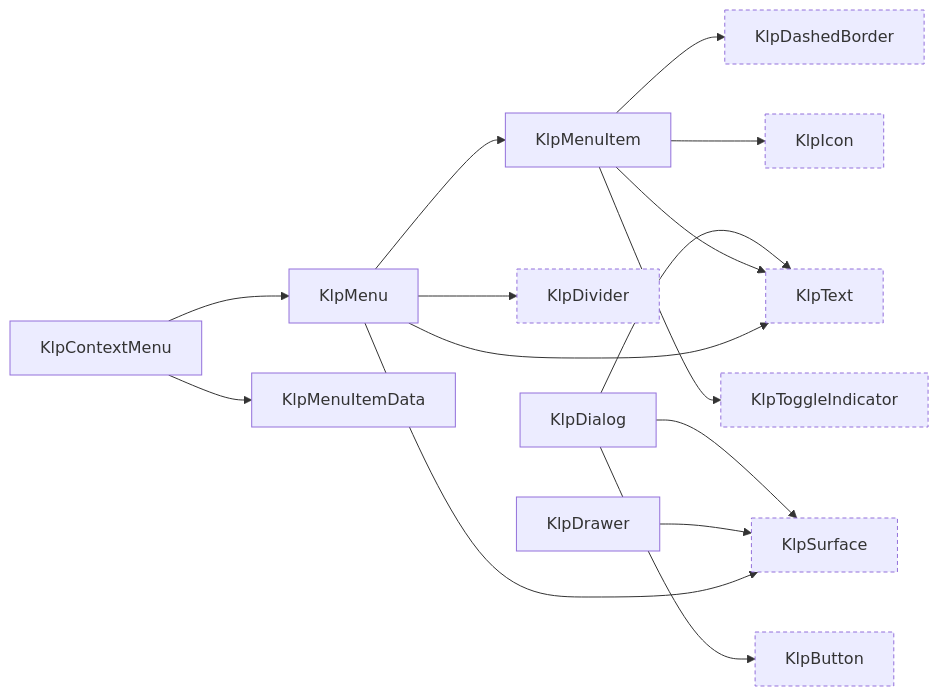
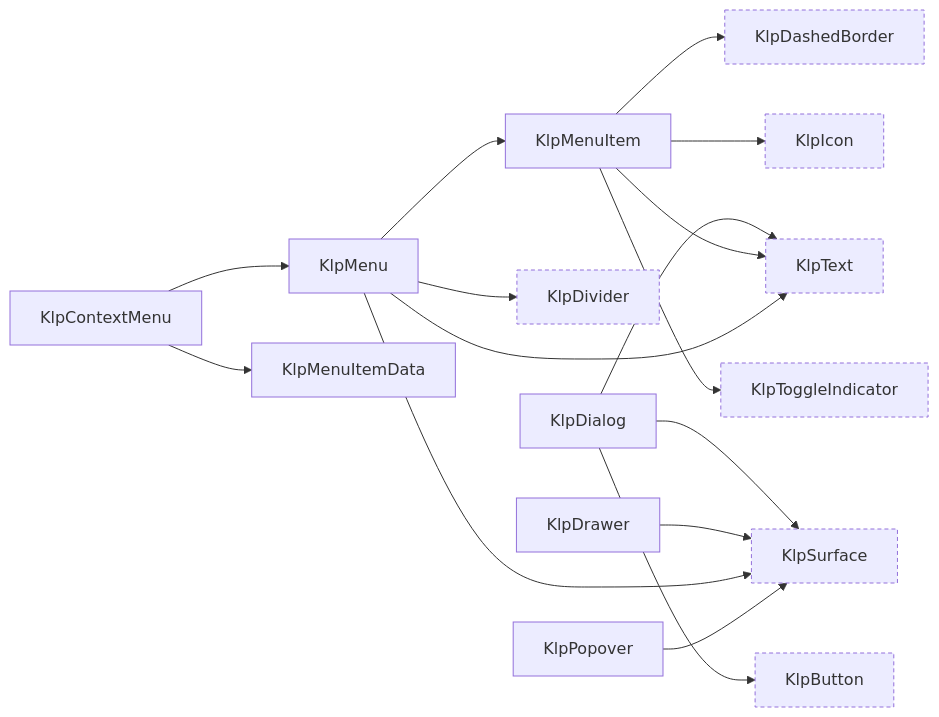
One commit to MiuDog/Kallopis changed the seventh of 16 diagrams in spec/component-inventory.md. Above: the diagram before and after it, drawn with Mermaid. The commit also changed other lines of this file and 12 other files, not shown here.

````diff
--- a/spec/component-inventory.md
+++ b/spec/component-inventory.md
@@ -383,31 +339,33 @@
 ```mermaid
 graph LR
   KlpButton["KlpButton"]:::external
   KlpContextMenu["KlpContextMenu"]
   KlpDashedBorder["KlpDashedBorder"]:::external
   KlpDialog["KlpDialog"]
   KlpDivider["KlpDivider"]:::external
   KlpDrawer["KlpDrawer"]
   KlpIcon["KlpIcon"]:::external
   KlpMenu["KlpMenu"]
   KlpMenuItem["KlpMenuItem"]
   KlpMenuItemData["KlpMenuItemData"]
+  KlpPopover["KlpPopover"]
   KlpSurface["KlpSurface"]:::external
   KlpText["KlpText"]:::external
   KlpToggleIndicator["KlpToggleIndicator"]:::external
   KlpContextMenu --> KlpMenu
   KlpContextMenu --> KlpMenuItemData
   KlpDialog --> KlpButton
   KlpDialog --> KlpSurface
   KlpDialog --> KlpText
   KlpDrawer --> KlpSurface
   KlpMenuItem --> KlpDashedBorder
   KlpMenuItem --> KlpIcon
   KlpMenuItem --> KlpText
   KlpMenuItem --> KlpToggleIndicator
   KlpMenu --> KlpDivider
   KlpMenu --> KlpMenuItem
   KlpMenu --> KlpSurface
   KlpMenu --> KlpText
+  KlpPopover --> KlpSurface
   classDef external stroke-dasharray: 4 3;
 ```
````
